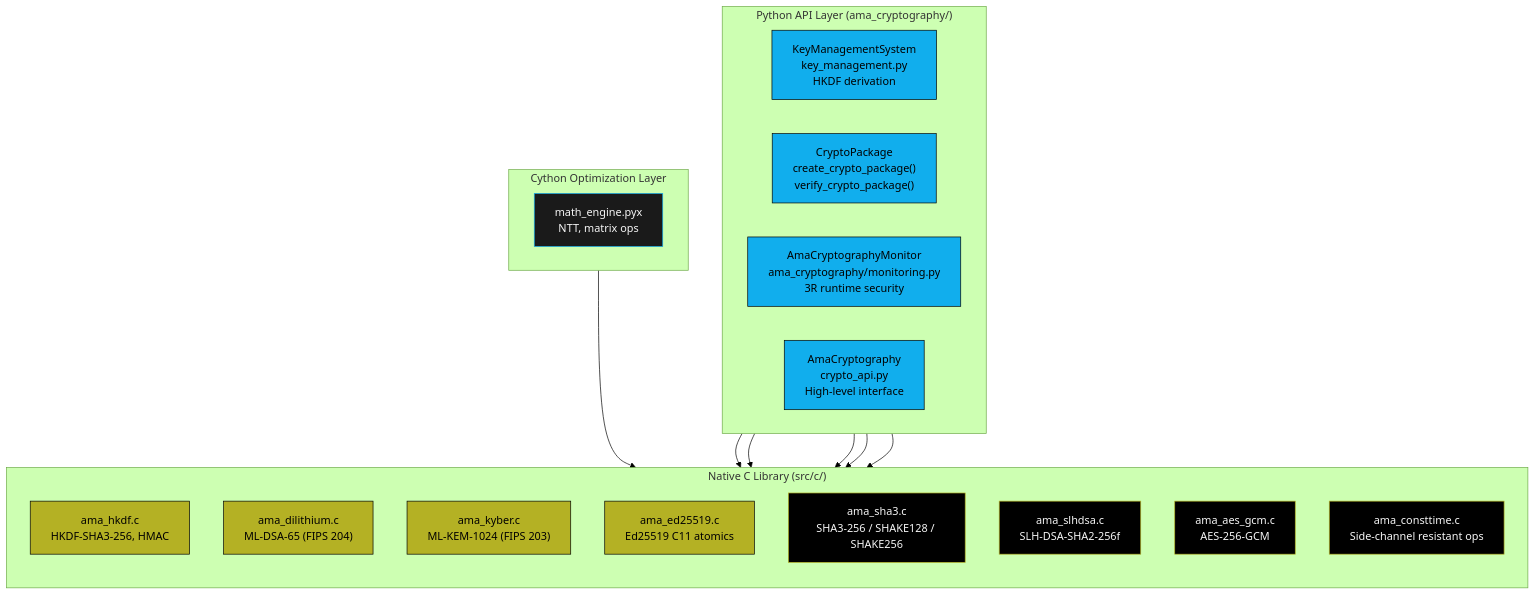
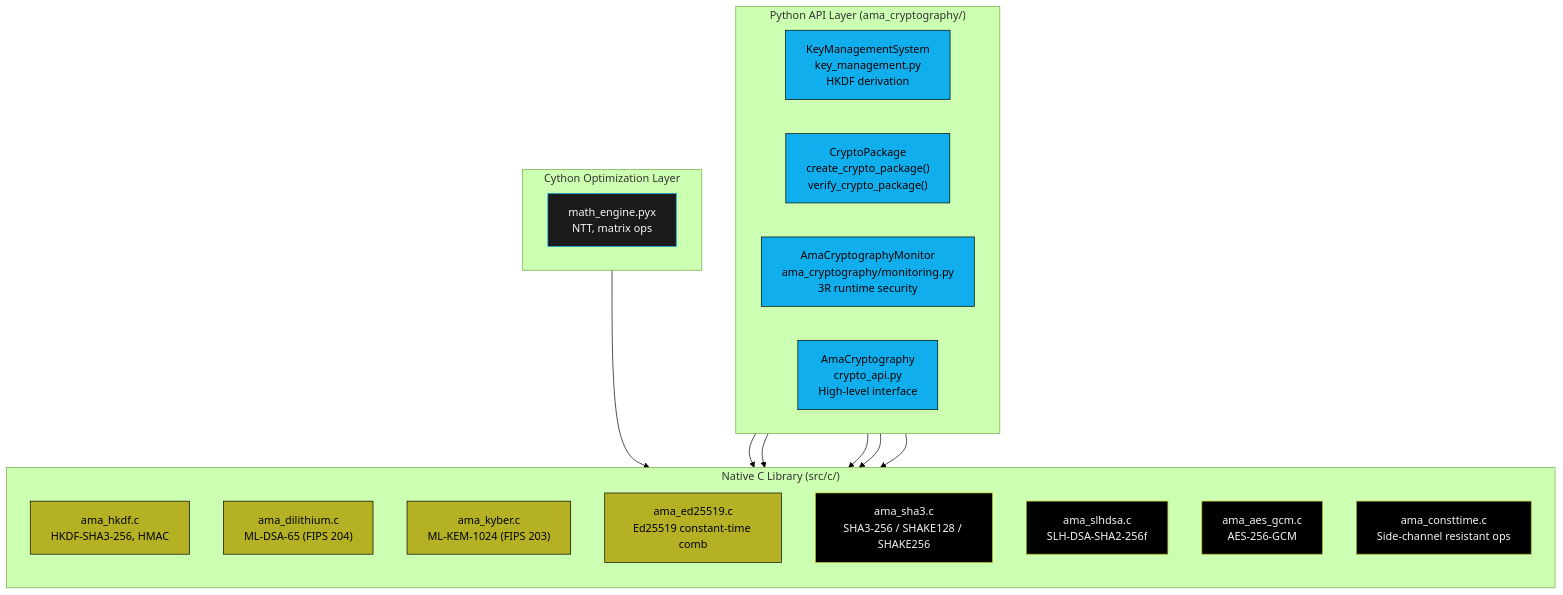
One commit to Steel-SecAdv-LLC/AMA-Cryptography changed the second of 7 diagrams in wiki/Architecture.md. Above: the diagram before and after it, drawn with Mermaid (forest theme). The commit also changed 21 other files, not shown here.

````diff
--- a/wiki/Architecture.md
+++ b/wiki/Architecture.md
@@ -67,38 +67,38 @@
 ```mermaid
 flowchart TD
     subgraph python["Python API Layer (ama_cryptography/)"]
         direction LR
         kms["KeyManagementSystem\nkey_management.py\nHKDF derivation"]:::blue
         cpkg["CryptoPackage\ncreate_crypto_package()\nverify_crypto_package()"]:::blue
         mon["AmaCryptographyMonitor\nama_cryptography/monitoring.py\n3R runtime security"]:::blue
         capi["AmaCryptography\ncrypto_api.py\nHigh-level interface"]:::blue
     end
 
     subgraph cython["Cython Optimization Layer"]
         math["math_engine.pyx\nNTT, matrix ops"]:::gray
     end
 
     subgraph native["Native C Library (src/c/)"]
         direction TB
         hkdf["ama_hkdf.c\nHKDF-SHA3-256, HMAC"]:::gold
         dil["ama_dilithium.c\nML-DSA-65 (FIPS 204)"]:::gold
         kyber["ama_kyber.c\nML-KEM-1024 (FIPS 203)"]:::gold
-        ed["ama_ed25519.c\nEd25519 C11 atomics"]:::gold
+        ed["ama_ed25519.c\nEd25519 constant-time comb"]:::gold
         sha3["ama_sha3.c\nSHA3-256 / SHAKE128 / SHAKE256"]:::black
         sphincs["ama_slhdsa.c\nSLH-DSA-SHA2-256f"]:::black
         aesgcm["ama_aes_gcm.c\nAES-256-GCM"]:::black
         ct["ama_consttime.c\nSide-channel resistant ops"]:::black
     end
 
     python --> native
     cython --> native
     kms --> hkdf
     cpkg --> dil
     cpkg --> ed
     mon --> sha3
 
 classDef gold fill:#B4B124,stroke:#000000,color:#000000;
 classDef blue fill:#11AEED,stroke:#000000,color:#000000;
 classDef black fill:#000000,stroke:#B4B124,color:#f6f6f6;
 classDef gray fill:#1a1a1a,stroke:#11AEED,color:#f6f6f6;
 ```
````
